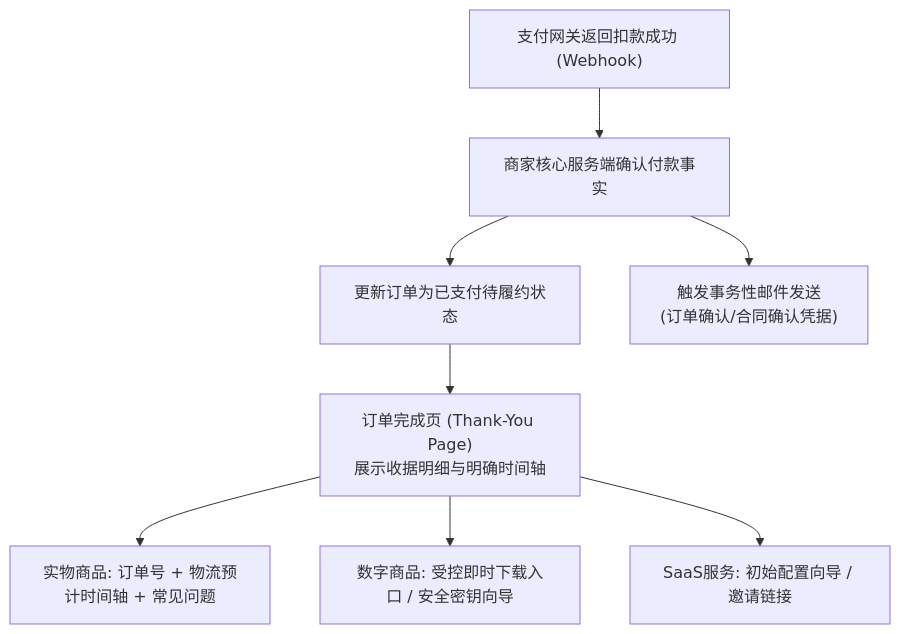
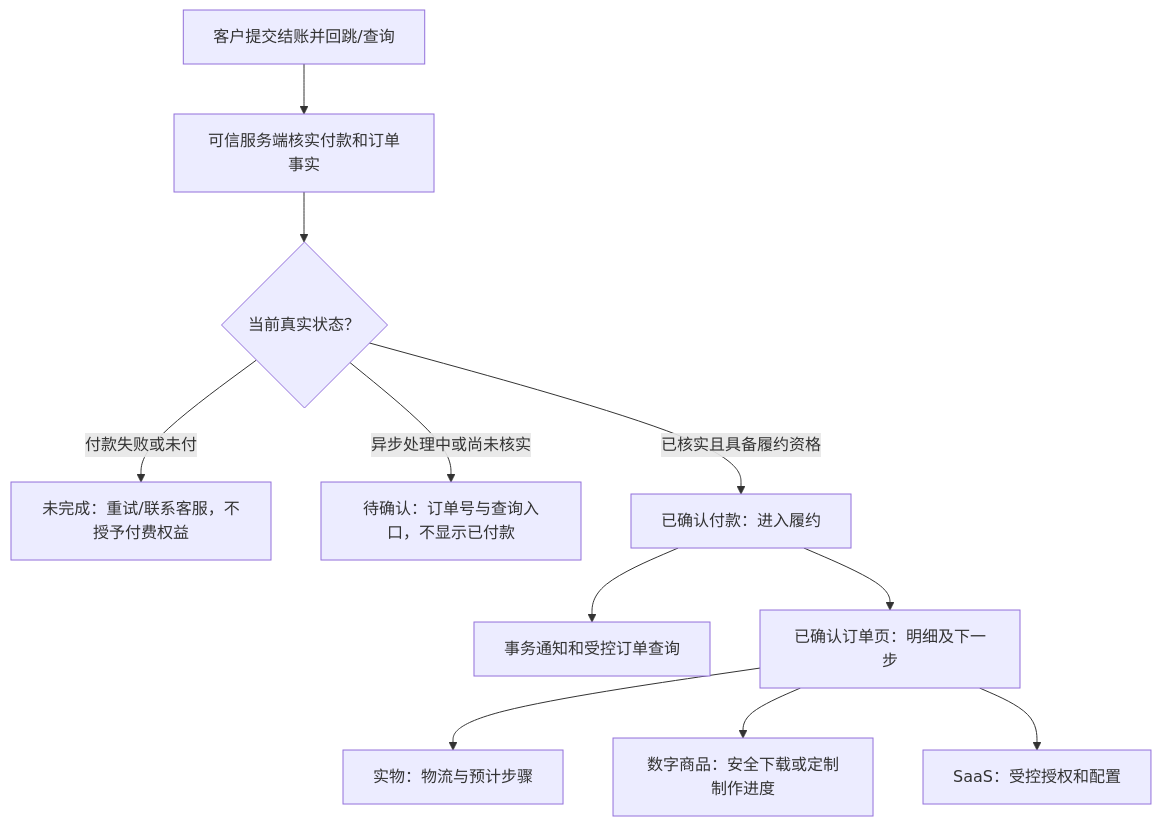
The eighth of 11 diagrams in cross-border-business/04-product-building/docs/CHAPTER4_FINAL_SEALED.md (entropy-student/project), drawn with Mermaid before and after one commit. The commit also changed other lines of this file and 7 other files, not shown here.

````diff
--- a/cross-border-business/04-product-building/docs/CHAPTER4_FINAL_SEALED.md
+++ b/cross-border-business/04-product-building/docs/CHAPTER4_FINAL_SEALED.md
@@ -422,13 +422,13 @@
 ```mermaid
 flowchart TD
-    PayEvent["支付网关返回扣款成功 (Webhook)"] --> SyncServer["商家核心服务端确认付款事实"]
-    
-    SyncServer --> UpdateOrder["更新订单为已支付待履约状态"]
-    SyncServer --> SendEmail["触发事务性邮件发送<br>(订单确认/合同确认凭据)"]
-    
-    UpdateOrder --> TYP["订单完成页 (Thank-You Page)<br>展示收据明细与明确时间轴"]
-    
-    TYP --> ShowA["实物商品: 订单号 + 物流预计时间轴 + 常见问题"]
-    TYP --> ShowB["数字商品: 受控即时下载入口 / 安全密钥向导"]
-    TYP --> ShowC["SaaS服务: 初始配置向导 / 邀请链接"]
+    Return["客户提交结账并回跳/查询"] --> Verify["可信服务端核实付款和订单事实"]
+    Verify --> Status{"当前真实状态？"}
+    Status -->|"付款失败或未付"| Failed["未完成：重试/联系客服，不授予付费权益"]
+    Status -->|"异步处理中或尚未核实"| Pending["待确认：订单号与查询入口，不显示已付款"]
+    Status -->|"已核实且具备履约资格"| Paid["已确认付款：进入履约"]
+    Paid --> Notify["事务通知和受控订单查询"]
+    Paid --> TYP["已确认订单页：明细及下一步"]
+    TYP --> ShowA["实物：物流与预计步骤"]
+    TYP --> ShowB["数字商品：安全下载或定制制作进度"]
+    TYP --> ShowC["SaaS：受控授权和配置"]
 ```
````
